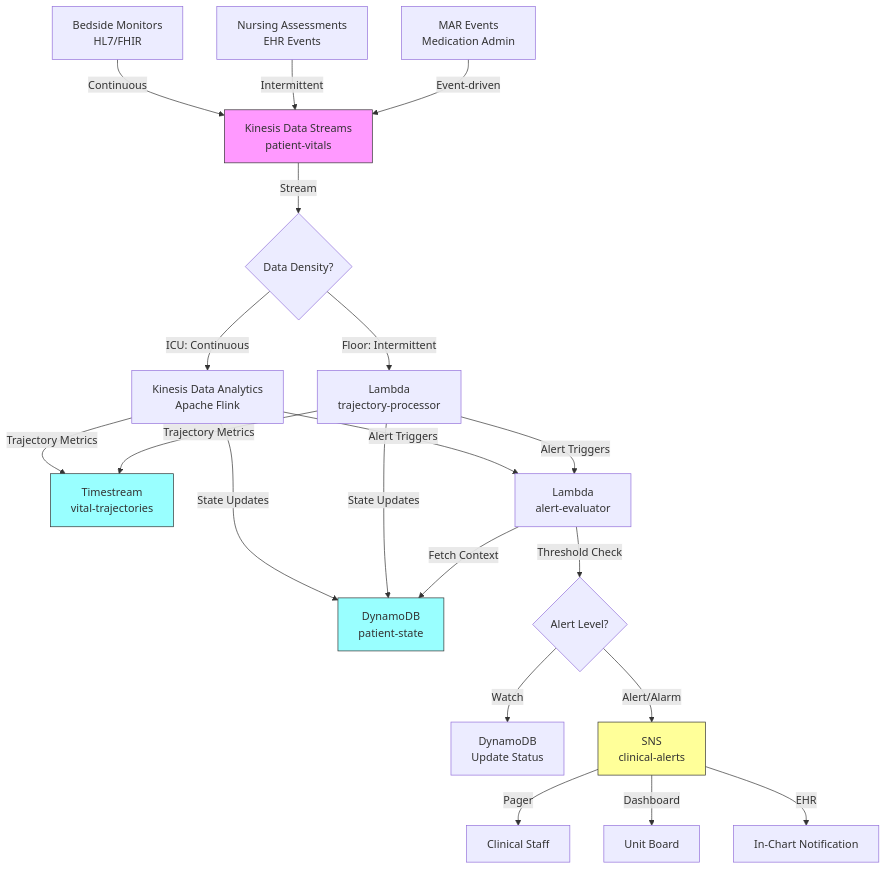
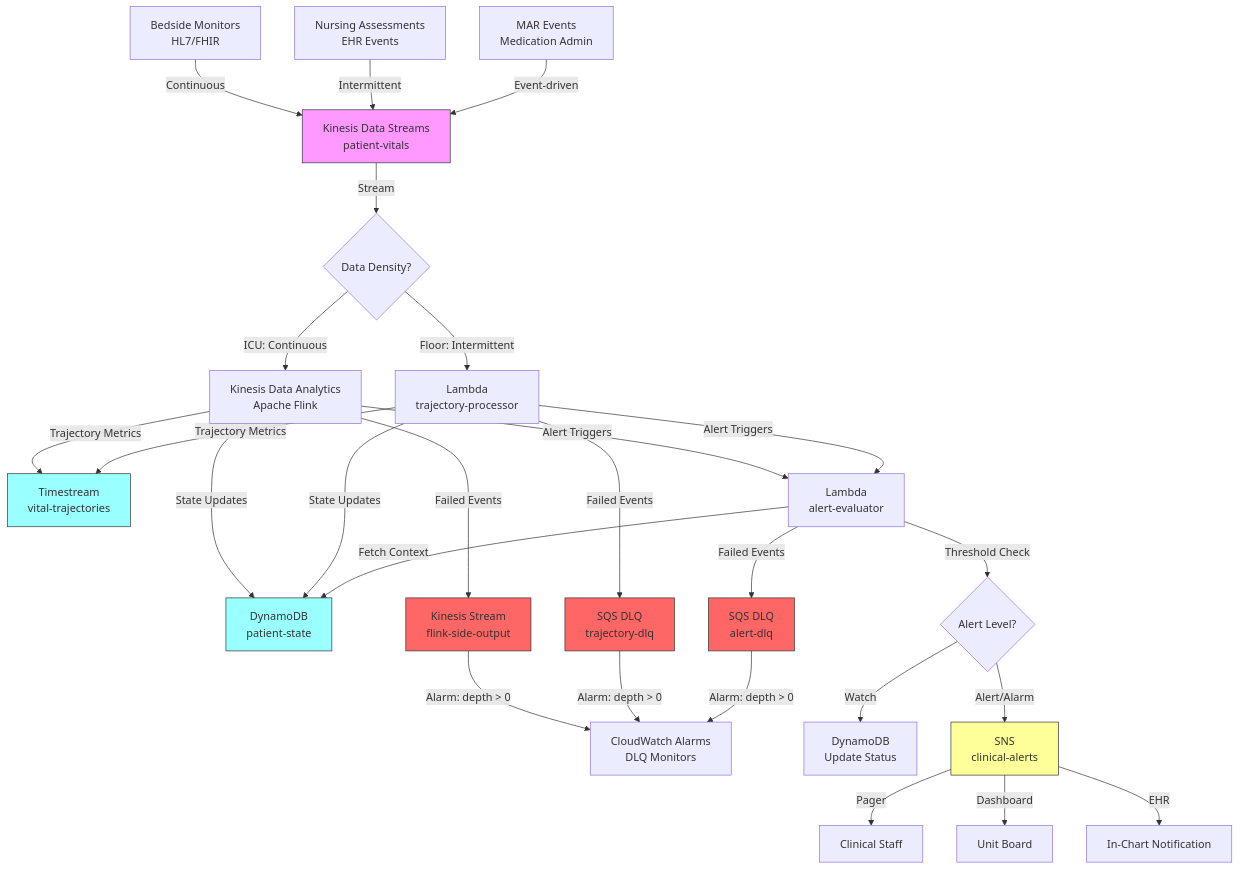
The diagram in chapter12.07-architecture.md (ccrngd1/HCLS-ai-book), drawn with Mermaid before and after one commit. The commit also changed other lines of this file and 3 other files, not shown here.

````diff
--- a/chapter12.07-architecture.md
+++ b/chapter12.07-architecture.md
@@ -27,33 +31,44 @@
 ```mermaid
 flowchart TD
     A[Bedside Monitors\nHL7/FHIR] -->|Continuous| B[Kinesis Data Streams\npatient-vitals]
     C[Nursing Assessments\nEHR Events] -->|Intermittent| B
     D[MAR Events\nMedication Admin] -->|Event-driven| B
 
     B -->|Stream| E{Data Density?}
     E -->|ICU: Continuous| F[Kinesis Data Analytics\nApache Flink]
     E -->|Floor: Intermittent| G[Lambda\ntrajectory-processor]
 
     F -->|State Updates| H[DynamoDB\npatient-state]
     G -->|State Updates| H
 
     F -->|Trajectory Metrics| I[Timestream\nvital-trajectories]
     G -->|Trajectory Metrics| I
 
     F -->|Alert Triggers| J[Lambda\nalert-evaluator]
     G -->|Alert Triggers| J
 
+    F -->|Failed Events| Q[Kinesis Stream\nflink-side-output]
+    G -->|Failed Events| R[SQS DLQ\ntrajectory-dlq]
+    J -->|Failed Events| S[SQS DLQ\nalert-dlq]
+
+    Q -->|Alarm: depth > 0| T[CloudWatch Alarms\nDLQ Monitors]
+    R -->|Alarm: depth > 0| T
+    S -->|Alarm: depth > 0| T
+
     J -->|Fetch Context| H
     J -->|Threshold Check| K{Alert Level?}
 
     K -->|Watch| L[DynamoDB\nUpdate Status]
     K -->|Alert/Alarm| M[SNS\nclinical-alerts]
     M -->|Pager| N[Clinical Staff]
     M -->|Dashboard| O[Unit Board]
     M -->|EHR| P[In-Chart Notification]
 
     style B fill:#f9f,stroke:#333
     style H fill:#9ff,stroke:#333
     style I fill:#9ff,stroke:#333
     style M fill:#ff9,stroke:#333
+    style R fill:#f66,stroke:#333
+    style S fill:#f66,stroke:#333
+    style Q fill:#f66,stroke:#333
 ```
````
